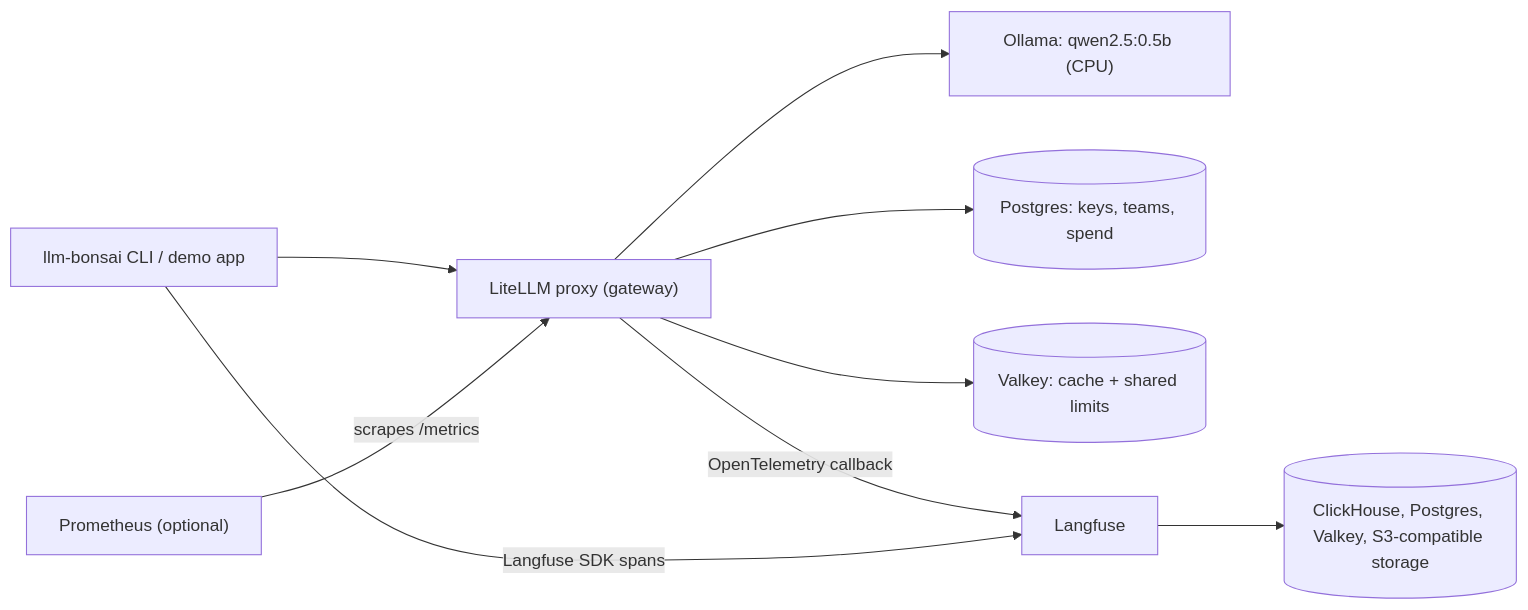
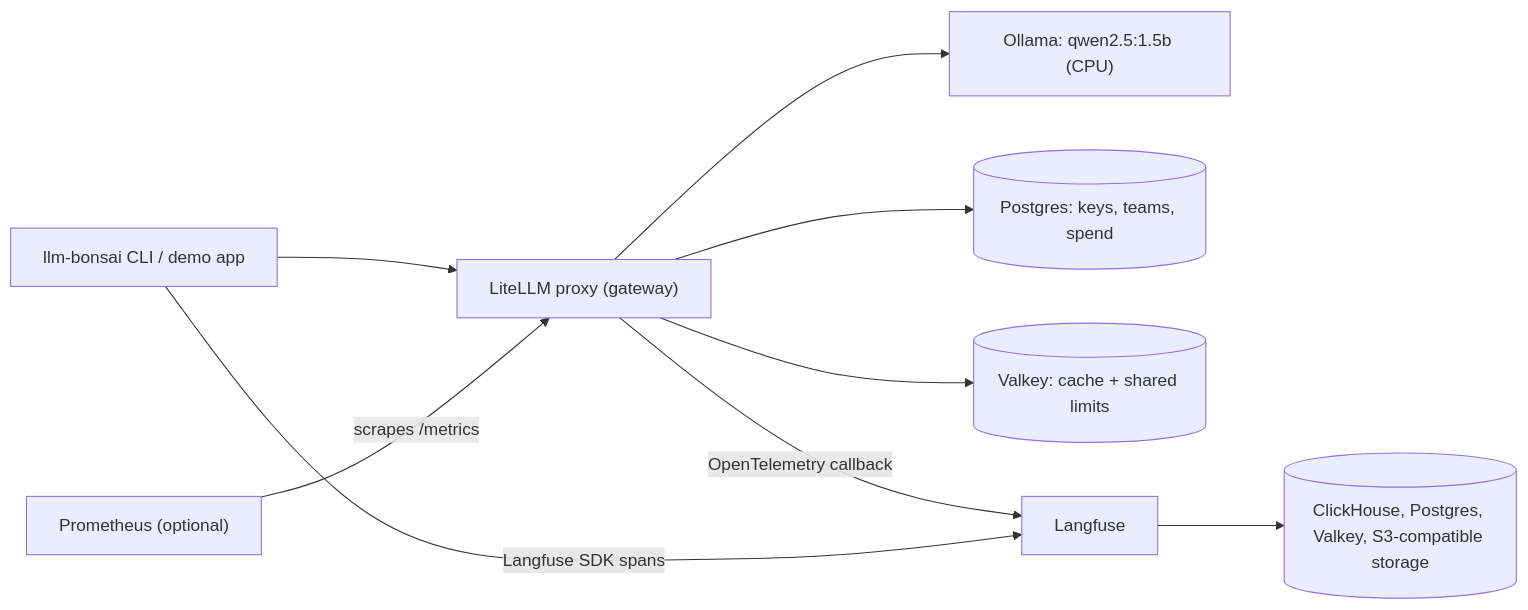
The diagram in README.md (cauabernardino/llm-bonsai), drawn with Mermaid before and after one commit. The commit also changed other lines of this file and 7 other files, not shown here.

````diff
--- a/README.md
+++ b/README.md
@@ -15,11 +15,11 @@
 ```mermaid
 flowchart LR
   PY["llm-bonsai CLI / demo app"] --> LL["LiteLLM proxy (gateway)"]
-  LL --> OL["Ollama: qwen2.5:0.5b (CPU)"]
+  LL --> OL["Ollama: qwen2.5:1.5b (CPU)"]
   LL --> PG[("Postgres: keys, teams, spend")]
   LL --> VK[("Valkey: cache + shared limits")]
   LL -- "OpenTelemetry callback" --> LF["Langfuse"]
   PY -- "Langfuse SDK spans" --> LF
   LF --> LFS[("ClickHouse, Postgres, Valkey, S3-compatible storage")]
   PR["Prometheus (optional)"] -- "scrapes /metrics" --> LL
 ```
````
